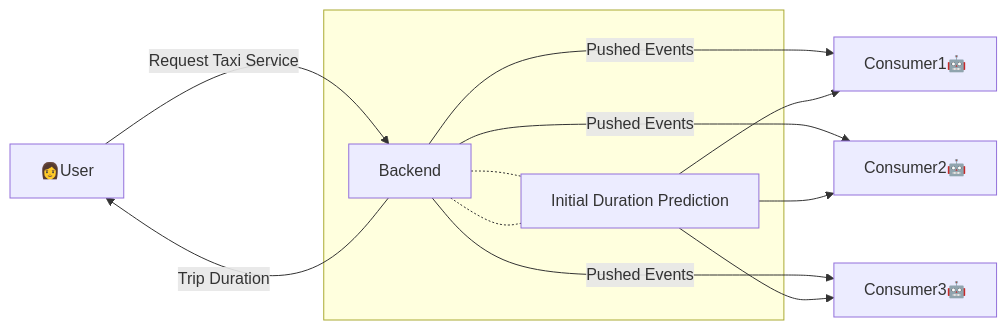
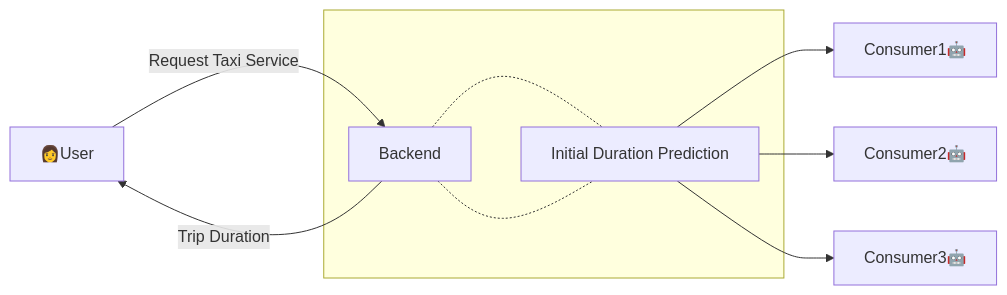
The fourth of 4 diagrams in week04/README.md (mossdet/mlops-dlp), drawn with Mermaid before and after one commit.

````diff
--- a/week04/README.md
+++ b/week04/README.md
@@ -60,11 +60,10 @@
 ```mermaid
 graph LR
     User[👩User]--> |Request Taxi Service| Backend[Backend]
     Backend--> |Trip Duration| User
-    Backend--> |Pushed Events| Consumer1[Consumer1🤖] & Consumer2[Consumer2🤖] & Consumer3[Consumer3🤖]
     Backend-.- note["Events"]--> Consumer1[Consumer1🤖] & Consumer2[Consumer2🤖] & Consumer3[Consumer3🤖]
 
     subgraph noteB [" "]
         Backend -.- note["Initial Duration Prediction"]
     end
 ```
````
